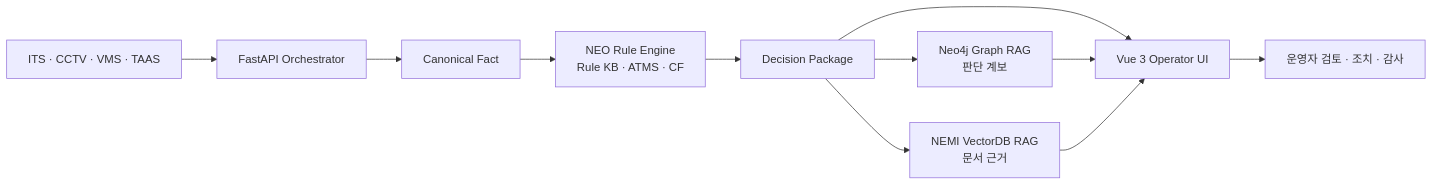
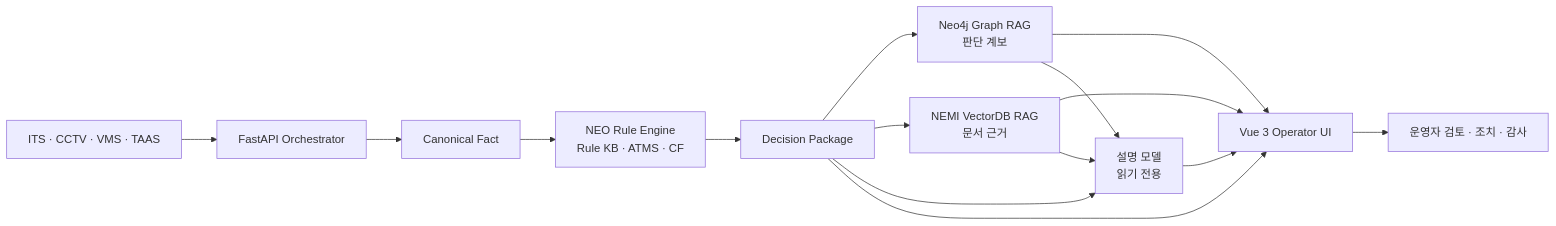
Before and after one commit to hannip0461/NEO-Intelligent-ITS-Operator: the diagram in README.md, drawn with Mermaid. The commit also changed other lines of this file and 1 other file, not shown here.

````diff
--- a/README.md
+++ b/README.md
@@ -47,13 +49,17 @@
 ```mermaid
 flowchart LR
     A["ITS · CCTV · VMS · TAAS"] --> B["FastAPI Orchestrator"]
     B --> C["Canonical Fact"]
     C --> D["NEO Rule Engine<br/>Rule KB · ATMS · CF"]
     D --> E["Decision Package"]
     E --> F["Neo4j Graph RAG<br/>판단 계보"]
     E --> G["NEMI VectorDB RAG<br/>문서 근거"]
+    E --> J["설명 모델<br/>읽기 전용"]
     E --> H["Vue 3 Operator UI"]
     F --> H
     G --> H
+    F --> J
+    G --> J
+    J --> H
     H --> I["운영자 검토 · 조치 · 감사"]
 ```
````
